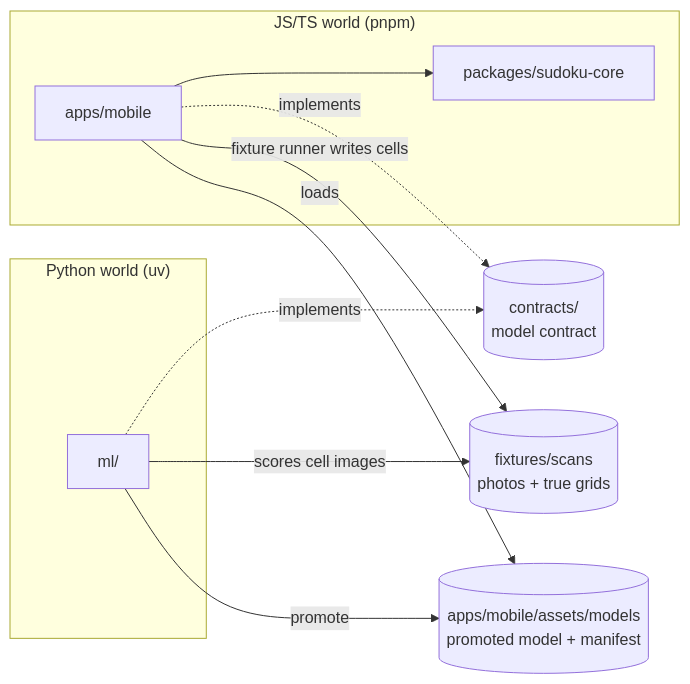
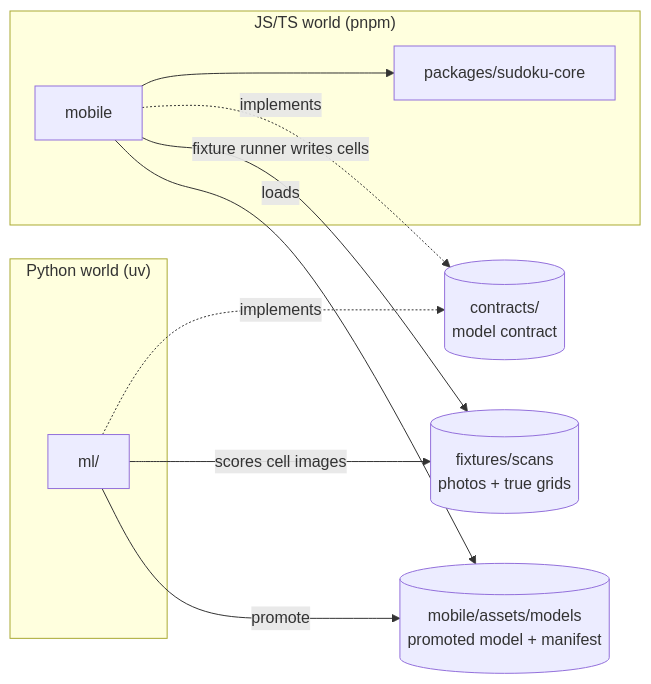
The second of 2 diagrams in docs/architecture/03-system-scope-and-context.md (vandemaelefelix/sudoku), drawn with Mermaid before and after one commit. The commit also changed 787 other files, not shown here.

Commit message:
chore(repo): move apps/mobile to mobile (#135)

````diff
--- a/docs/architecture/03-system-scope-and-context.md
+++ b/docs/architecture/03-system-scope-and-context.md
@@ -42,21 +42,21 @@
 ```mermaid
 flowchart LR
     subgraph js["JS/TS world (pnpm)"]
-        mobile["apps/mobile"]
+        mobile["mobile"]
         core["packages/sudoku-core"]
     end
     subgraph py["Python world (uv)"]
         ml["ml/"]
     end
     contracts[("contracts/<br>model contract")]
     fixtures[("fixtures/scans<br>photos + true grids")]
-    models[("apps/mobile/assets/models<br>promoted model + manifest")]
+    models[("mobile/assets/models<br>promoted model + manifest")]
 
     mobile --> core
     ml -->|promote| models
     mobile -->|loads| models
     ml -.->|implements| contracts
     mobile -.->|implements| contracts
     ml -->|scores cell images| fixtures
     mobile -->|fixture runner writes cells| fixtures
 ```
````
